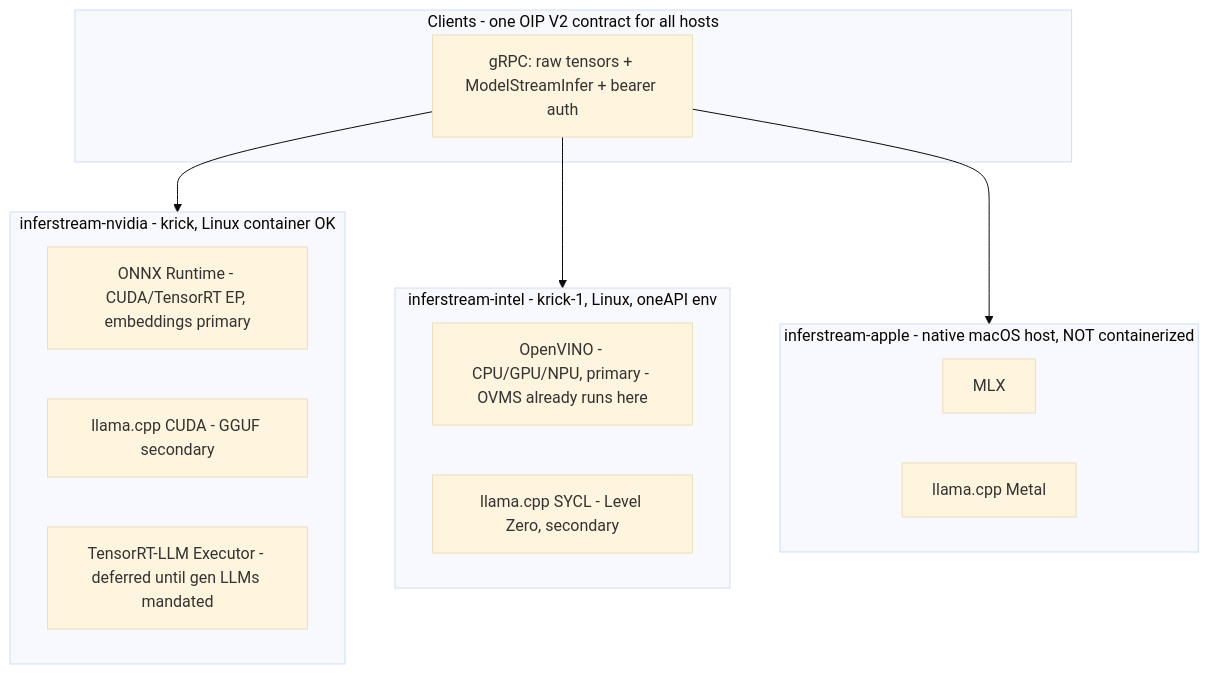
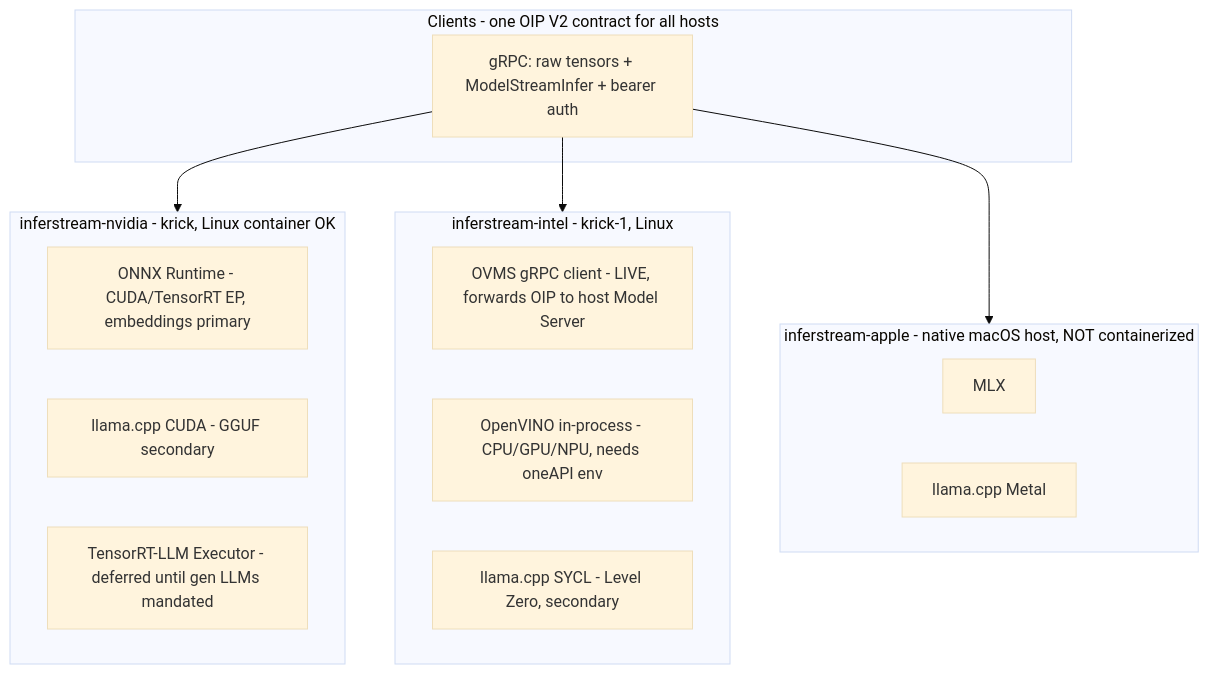
One commit to ai-pipestream/turboembed changed the diagram in README.md. Above: the diagram before and after it, drawn with Mermaid (base theme). The commit also changed other lines of this file and 3 other files, not shown here.

First line of the commit message:
docs: OVMS embed smoke example + README status for live ovms backend

````diff
--- a/README.md
+++ b/README.md
@@ -18,26 +18,27 @@
 ```mermaid
 flowchart TB
     subgraph clients [Clients - one OIP V2 contract for all hosts]
         C[gRPC: raw tensors + ModelStreamInfer + bearer auth]
     end
 
     subgraph nvidia [inferstream-nvidia - krick, Linux container OK]
         N1[ONNX Runtime - CUDA/TensorRT EP, embeddings primary]
         N2[llama.cpp CUDA - GGUF secondary]
         N3[TensorRT-LLM Executor - deferred until gen LLMs mandated]
     end
 
-    subgraph intel [inferstream-intel - krick-1, Linux, oneAPI env]
-        I1[OpenVINO - CPU/GPU/NPU, primary - OVMS already runs here]
+    subgraph intel [inferstream-intel - krick-1, Linux]
+        I0[OVMS gRPC client - LIVE, forwards OIP to host Model Server]
+        I1[OpenVINO in-process - CPU/GPU/NPU, needs oneAPI env]
         I2[llama.cpp SYCL - Level Zero, secondary]
     end
 
     subgraph apple [inferstream-apple - native macOS host, NOT containerized]
         A1[MLX]
         A2[llama.cpp Metal]
     end
 
     C --> nvidia
     C --> intel
     C --> apple
 ```
````
